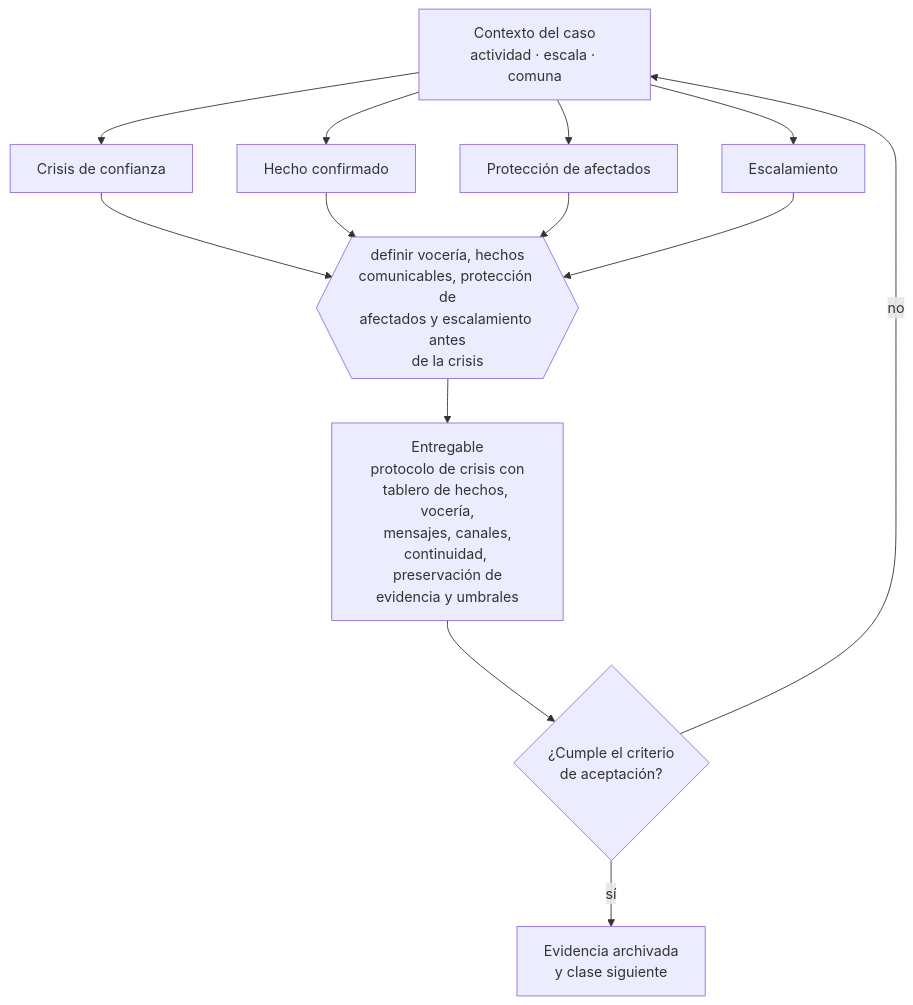
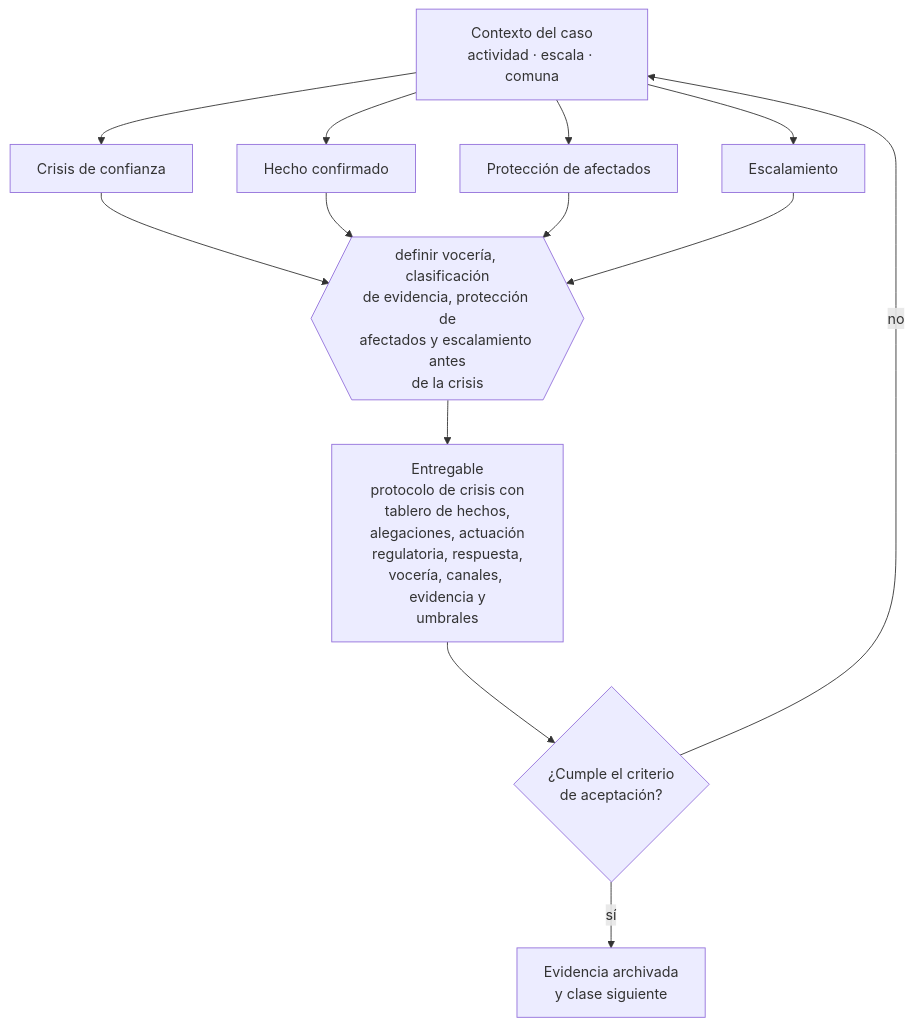
One commit to vladimiracunadev-create/modern-business-creation-program changed the diagram in curriculum/part-21-crisis-continuidad-insolvencia-y-recuperacion/class-04-gestion-de-crisis-reputacional/README.md. Above: the diagram before and after it, drawn with Mermaid. The commit also changed other lines of this file and 33 other files, not shown here.

````diff
--- a/curriculum/part-21-crisis-continuidad-insolvencia-y-recuperacion/class-04-gestion-de-crisis-reputacional/README.md
+++ b/curriculum/part-21-crisis-continuidad-insolvencia-y-recuperacion/class-04-gestion-de-crisis-reputacional/README.md
@@ -34,13 +34,13 @@
 ```mermaid
 flowchart TB
     C["Contexto del caso<br/>actividad · escala · comuna"]
     C --> A1["Crisis de confianza"]
     C --> A2["Hecho confirmado"]
     C --> A3["Protección de afectados"]
     C --> A4["Escalamiento"]
-    A1 & A2 & A3 & A4 --> D{{"definir vocería, hechos<br/>comunicables, protección de<br/>afectados y escalamiento antes<br/>de la crisis"}}
-    D --> E["Entregable<br/>protocolo de crisis con<br/>tablero de hechos, vocería,<br/>mensajes, canales,<br/>continuidad, preservación de<br/>evidencia y umbrales"]
+    A1 & A2 & A3 & A4 --> D{{"definir vocería, clasificación<br/>de evidencia, protección de<br/>afectados y escalamiento antes<br/>de la crisis"}}
+    D --> E["Entregable<br/>protocolo de crisis con<br/>tablero de hechos,<br/>alegaciones, actuación<br/>regulatoria, respuesta,<br/>vocería, canales, evidencia y<br/>umbrales"]
     E --> V{"¿Cumple el criterio<br/>de aceptación?"}
     V -->|sí| S["Evidencia archivada<br/>y clase siguiente"]
     V -->|no| C
 ```
````
